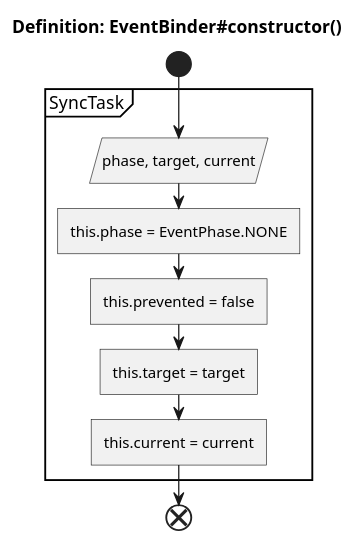
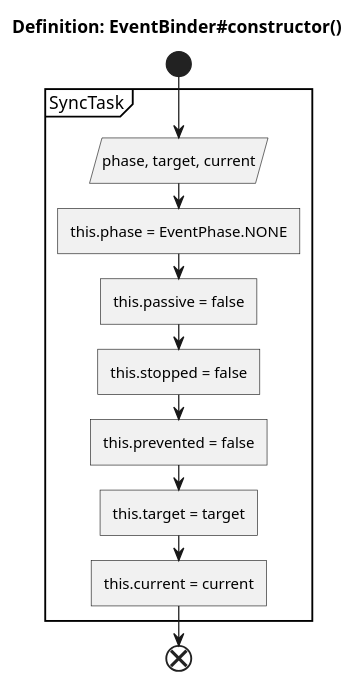
Diagram 18 of 50 in _uml/puml/EventTargetAPI.puml (imazzine/imazzine.github.io), drawn with PlantUML before and after one commit. The commit also changed other lines of this file and 174 other files, not shown here.

```diff
--- a/_uml/puml/EventTargetAPI.puml
+++ b/_uml/puml/EventTargetAPI.puml
@@ -328,13 +455,15 @@
 @startuml Definition_EventBinder.constructor
     title Definition: EventBinder#constructor()
 
     start
         partition SyncTask {
             :phase, target, current/
             :this.phase = EventPhase.NONE]
+            :this.passive = false]
+            :this.stopped = false]
             :this.prevented = false]
             :this.target = target]
             :this.current = current]
         }
     end
 @enduml
```
